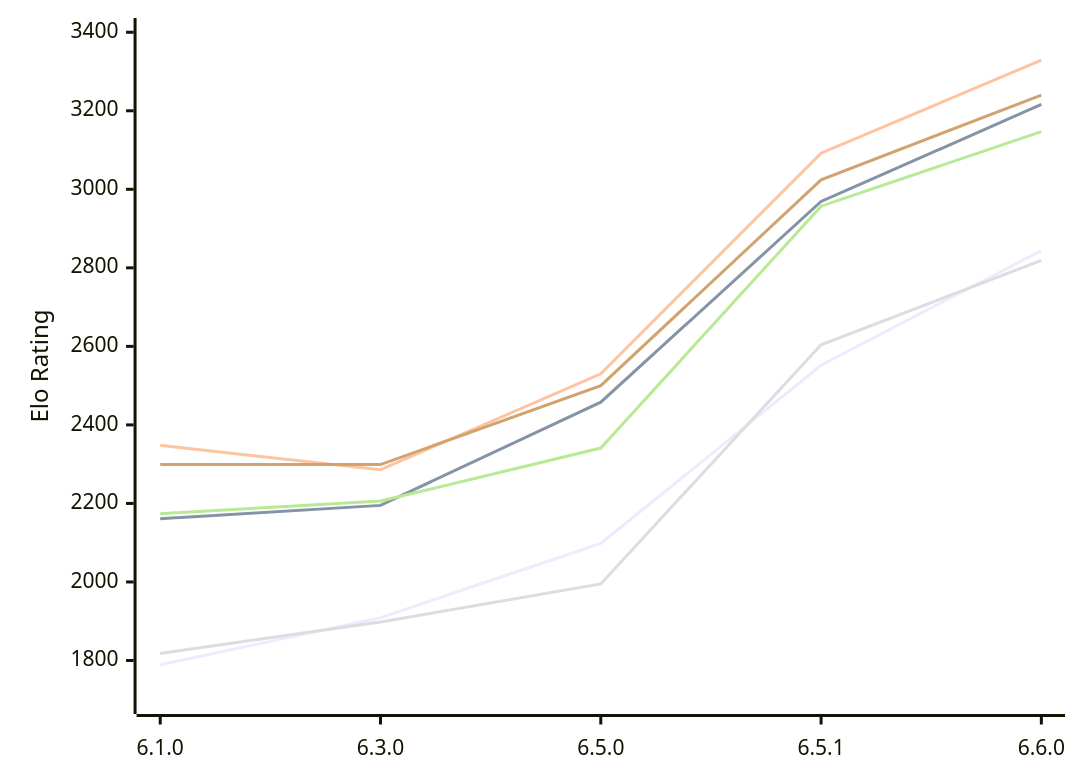
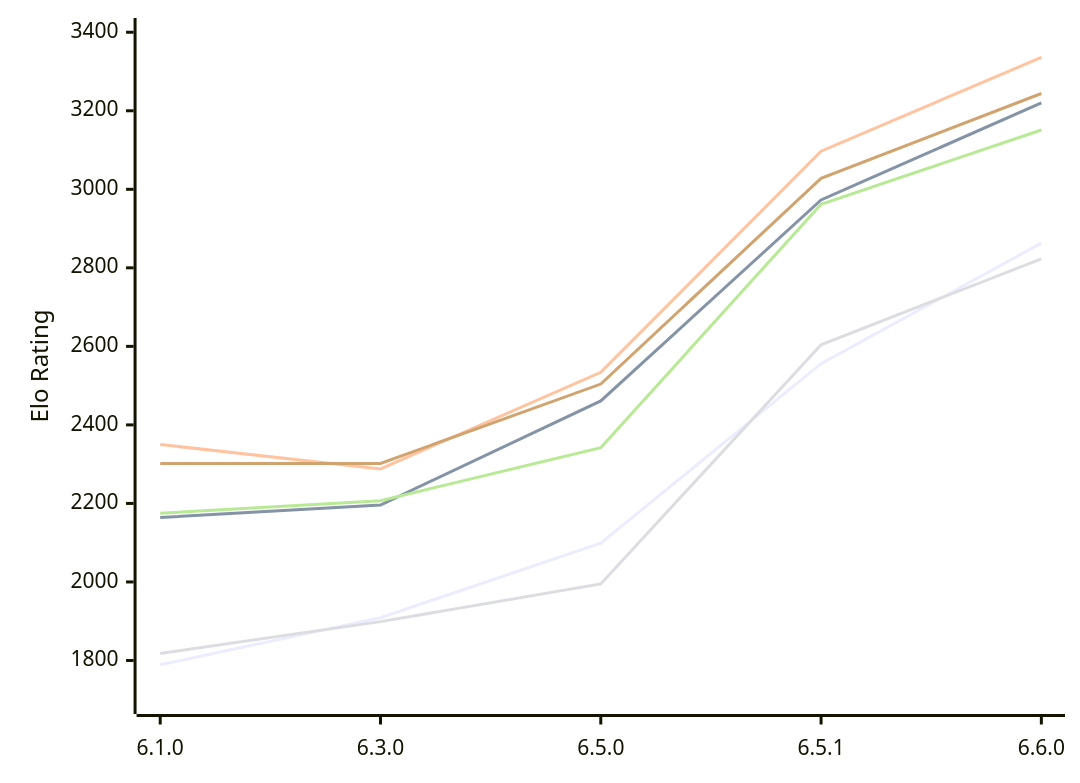
One commit to computer-chess-index/cci changed the diagram in engines/Luminex.md. Above: the diagram before and after it, drawn with Mermaid. The commit also changed other lines of this file, not shown here.

Commit message:
Update CCI Ratings (ELO VLTC) - 2026-11-20

````diff
--- a/engines/Luminex.md
+++ b/engines/Luminex.md
@@ -55,12 +55,12 @@
 ```mermaid
 %%{init: {"theme":"base","themeVariables":{"seriesColors:['#a3a3a3','#222221','#faa371']}}}%%
 xychart-beta
   x-axis ["6.1.0", "6.3.0", "6.5.0", "6.5.1", "6.6.0"]
   y-axis "Elo Rating" 1700 --> 3400
-  line "E1: STC (8.0+0.08s)" [1789, 1909, 2098, 2552, 2844]
-  line "E1: LTC (60.0+0.60s)" [2161, 2195, 2458, 2969, 3216]
-  line "E1: VLTC (2m24s+1.12s)" [2348, 2286, 2530, 3092, 3329]
-  line "P1: STC (8.0+0.08s)" [1818, 1898, 1995, 2604, 2819]
-  line "P1: LTC (60.0+0.60s)" [2174, 2206, 2341, 2957, 3147]
-  line "P1: VLTC (2m24s+1.12s)" [2299, 2299, 2500, 3024, 3240]
+  line "E1: STC (8.0+0.08s)" [1789, 1909, 2099, 2556, 2863]
+  line "E1: LTC (60.0+0.60s)" [2164, 2196, 2461, 2973, 3220]
+  line "E1: VLTC (2m24s+1.12s)" [2350, 2288, 2534, 3097, 3336]
+  line "P1: STC (8.0+0.08s)" [1818, 1899, 1995, 2604, 2823]
+  line "P1: LTC (60.0+0.60s)" [2175, 2207, 2342, 2962, 3151]
+  line "P1: VLTC (2m24s+1.12s)" [2302, 2302, 2504, 3028, 3244]
 ```
````
